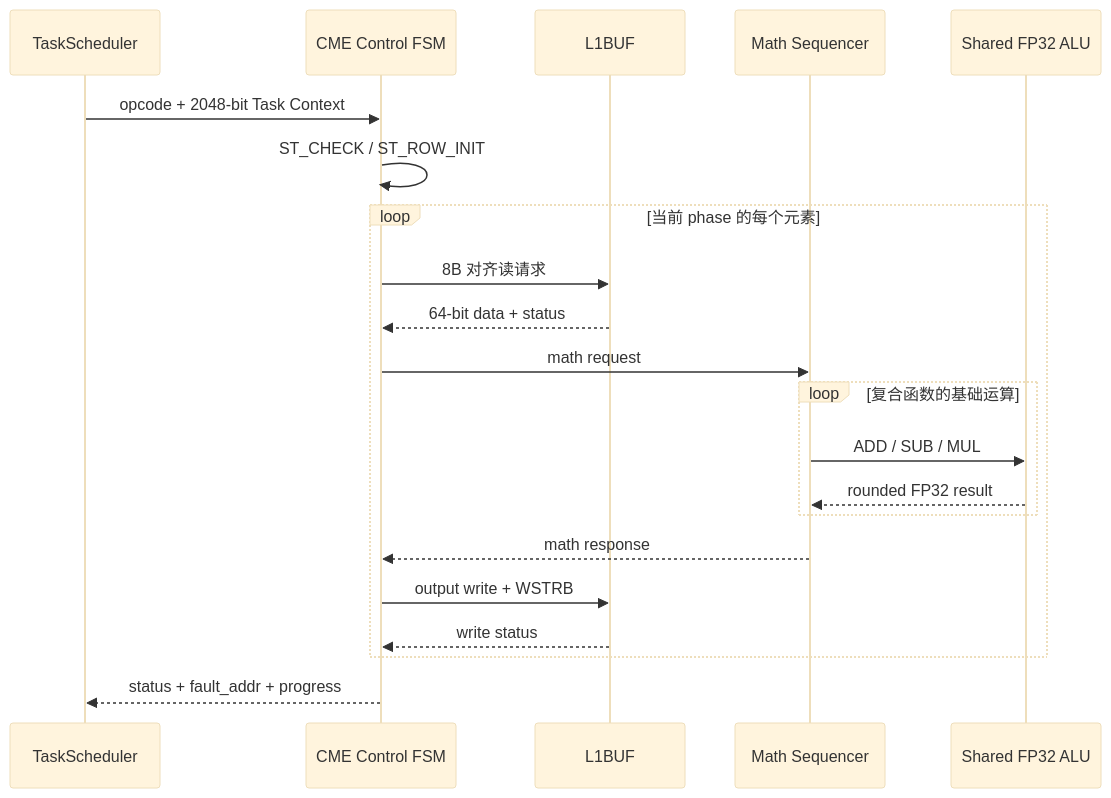
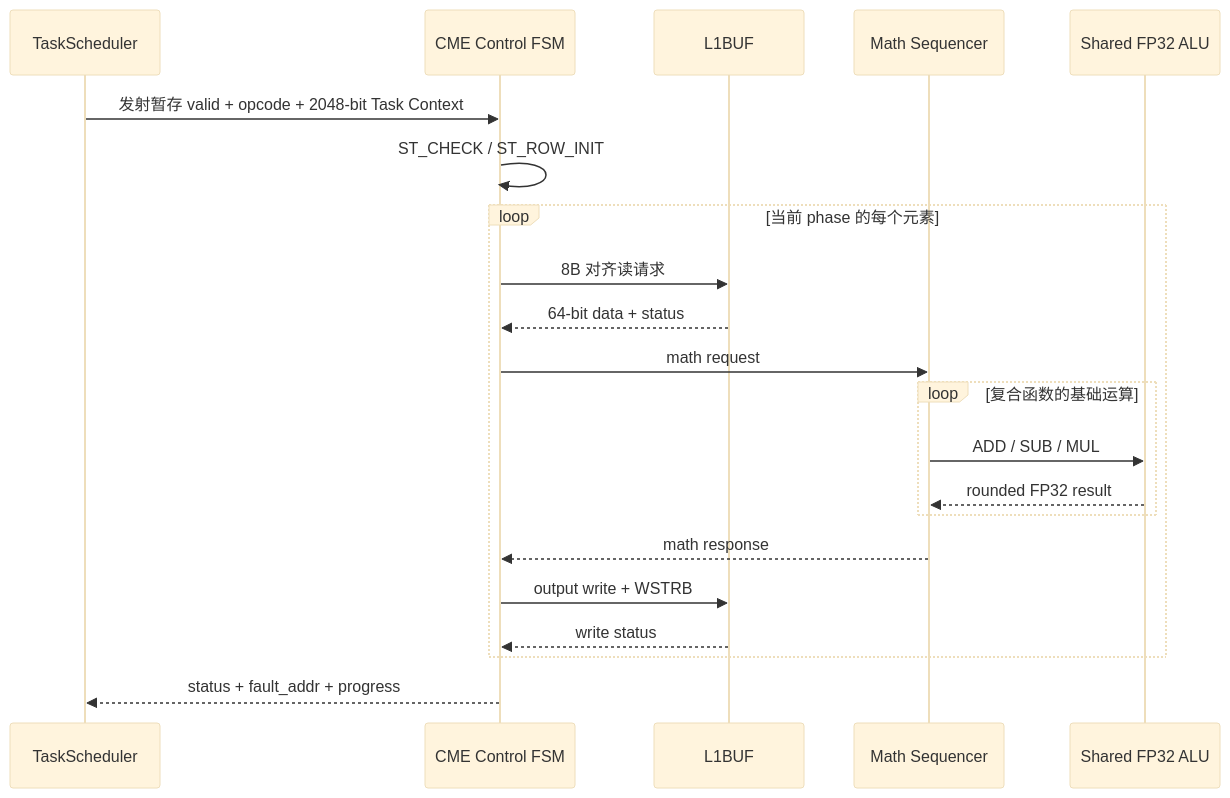
One commit to Little-W/Obsidian changed diagram 11 of 17 in NPU/NPU 指令与硬件架构设计 Spec.md. Above: the diagram before and after it, drawn with Mermaid (base theme). The commit also changed other lines of this file, not shown here.

````diff
--- a/NPU/NPU 指令与硬件架构设计 Spec.md
+++ b/NPU/NPU 指令与硬件架构设计 Spec.md
@@ -3605,24 +3622,24 @@
 ```mermaid
 sequenceDiagram
     participant TS as TaskScheduler
     participant CME as CME Control FSM
     participant L1 as L1BUF
     participant MS as Math Sequencer
     participant FA as Shared FP32 ALU
 
-    TS->>CME: opcode + 2048-bit Task Context
+    TS->>CME: 发射暂存 valid + opcode + 2048-bit Task Context
     CME->>CME: ST_CHECK / ST_ROW_INIT
     loop 当前 phase 的每个元素
         CME->>L1: 8B 对齐读请求
         L1-->>CME: 64-bit data + status
         CME->>MS: math request
         loop 复合函数的基础运算
             MS->>FA: ADD / SUB / MUL
             FA-->>MS: rounded FP32 result
         end
         MS-->>CME: math response
         CME->>L1: output write + WSTRB
         L1-->>CME: write status
     end
     CME-->>TS: status + fault_addr + progress
 ```
````
